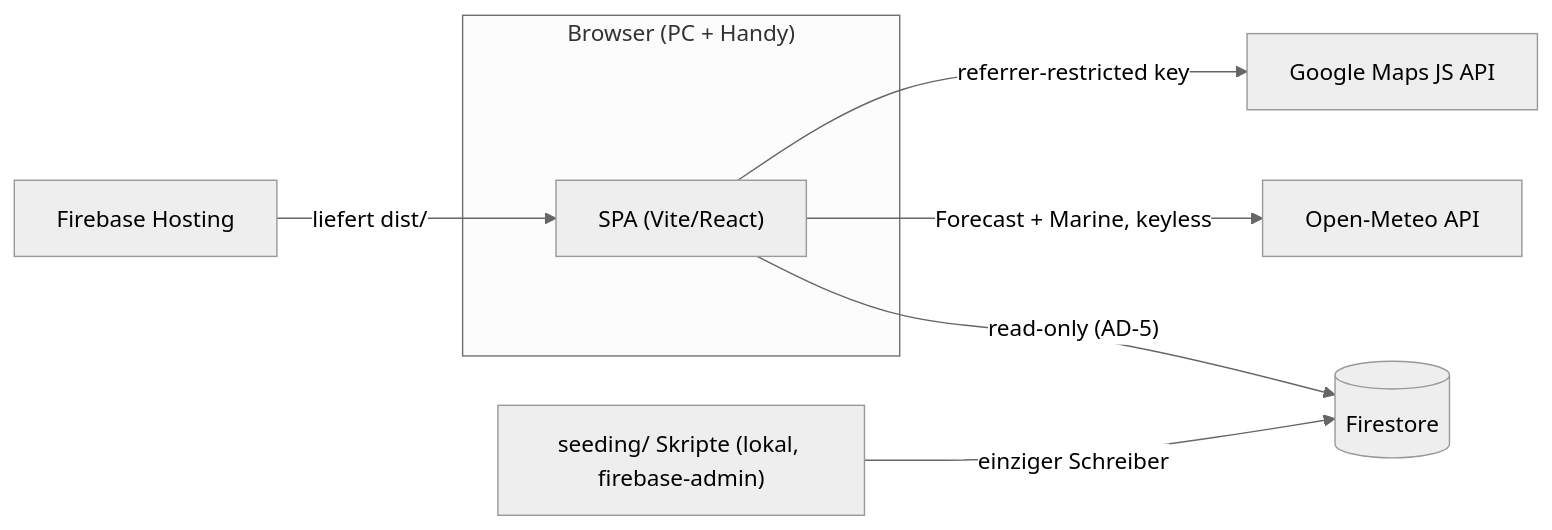
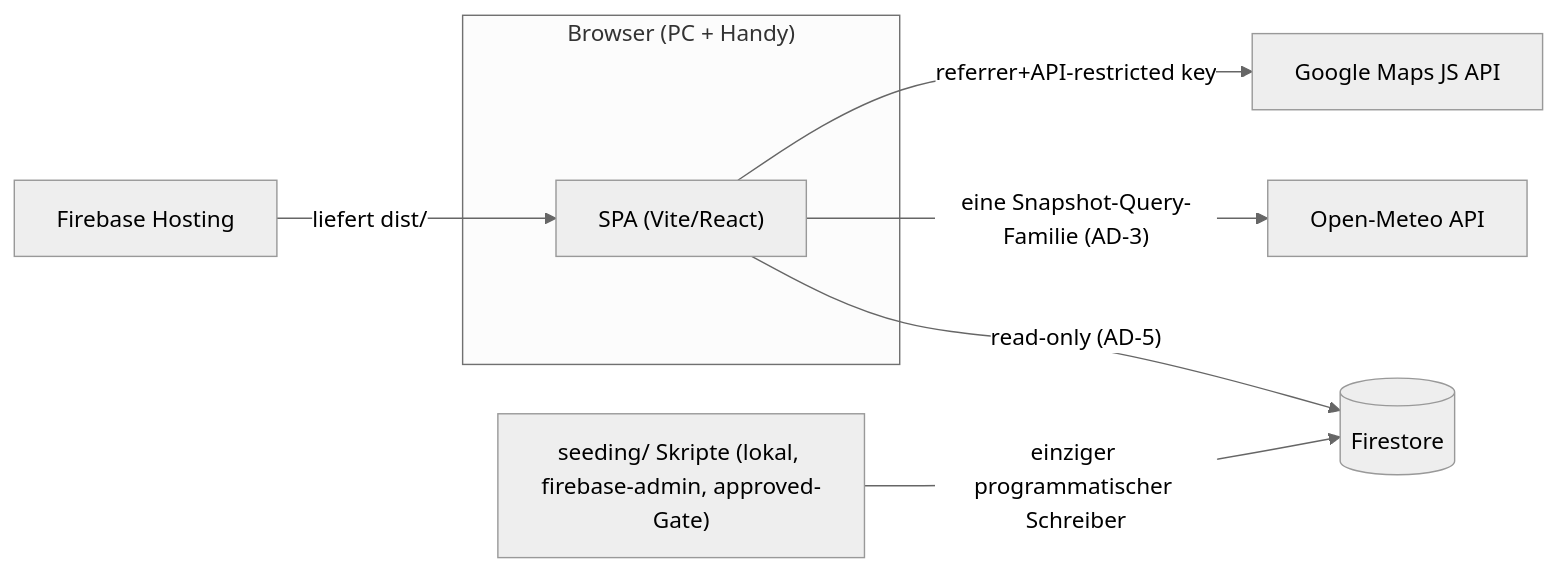
One commit to mantapanta/sailgreece-router changed the third of 3 diagrams in _bmad-output/planning-artifacts/architecture/architecture-sailgreece-router-2026-07-30/ARCHITECTURE-SPINE.md. Above: the diagram before and after it, drawn with Mermaid (neutral theme). The commit also changed other lines of this file and 1 other file, not shown here.

First line of the commit message:
Harden architecture spine per reviewer gate: AD-9/10/11, sharpened AD-2/3/4/5/8

````diff
--- a/_bmad-output/planning-artifacts/architecture/architecture-sailgreece-router-2026-07-30/ARCHITECTURE-SPINE.md
+++ b/_bmad-output/planning-artifacts/architecture/architecture-sailgreece-router-2026-07-30/ARCHITECTURE-SPINE.md
@@ -184,11 +281,11 @@
 ```mermaid
 graph LR
   subgraph Browser["Browser (PC + Handy)"]
     SPA["SPA (Vite/React)"]
   end
   SPA -->|"read-only (AD-5)"| FS[(Firestore)]
-  SPA -->|"Forecast + Marine, keyless"| OM["Open-Meteo API"]
-  SPA -->|"referrer-restricted key"| GM["Google Maps JS API"]
-  SEED["seeding/ Skripte (lokal, firebase-admin)"] -->|"einziger Schreiber"| FS
+  SPA -->|"eine Snapshot-Query-Familie (AD-3)"| OM["Open-Meteo API"]
+  SPA -->|"referrer+API-restricted key"| GM["Google Maps JS API"]
+  SEED["seeding/ Skripte (lokal, firebase-admin, approved-Gate)"] -->|"einziger programmatischer Schreiber"| FS
   FH["Firebase Hosting"] -->|"liefert dist/"| SPA
 ```
````
